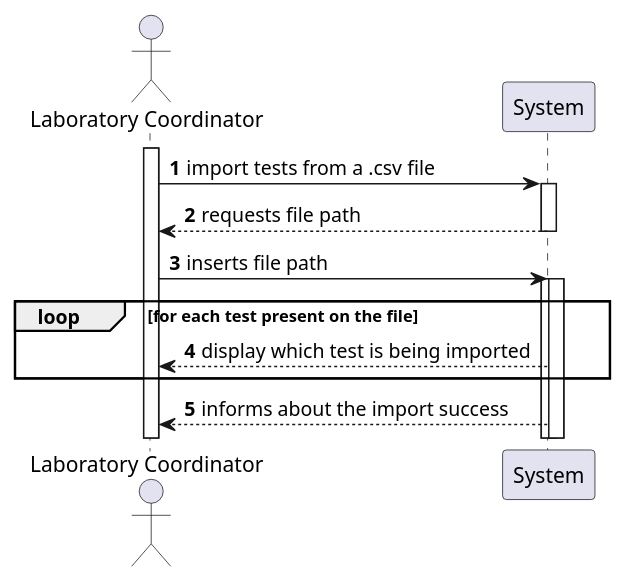
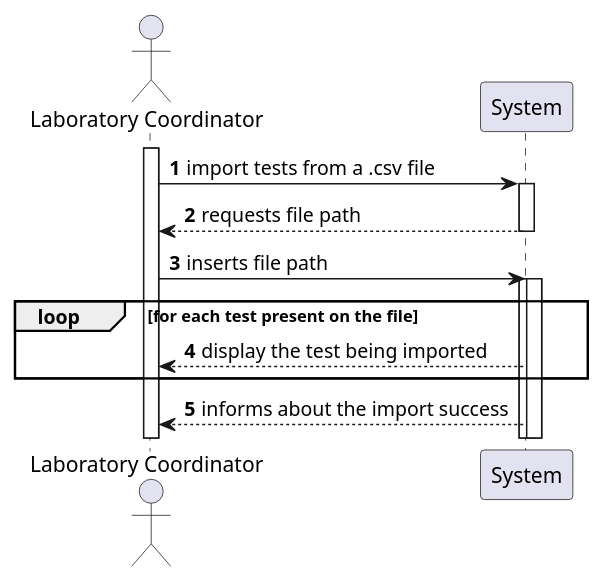
The diagram in docs/SprintD/US17/US17-SSD.puml (0franciscor/lei-21-s2-1de-g19), drawn with PlantUML before and after one commit. The commit also changed 3 other files, not shown here.

```diff
--- a/docs/SprintD/US17/US17-SSD.puml
+++ b/docs/SprintD/US17/US17-SSD.puml
@@ -1,17 +1,17 @@
 @startuml
 autonumber
 
 actor "Laboratory Coordinator" as labC
 activate labC
 
 labC -> System ++: import tests from a .csv file
 System --> labC --: requests file path
 labC -> System ++: inserts file path
 activate System
 loop for each test present on the file
-System -->  labC : display which test is being imported
+System -->  labC : display the test being imported
 end
 System --> labC : informs about the import success
 
 
 @enduml
```
